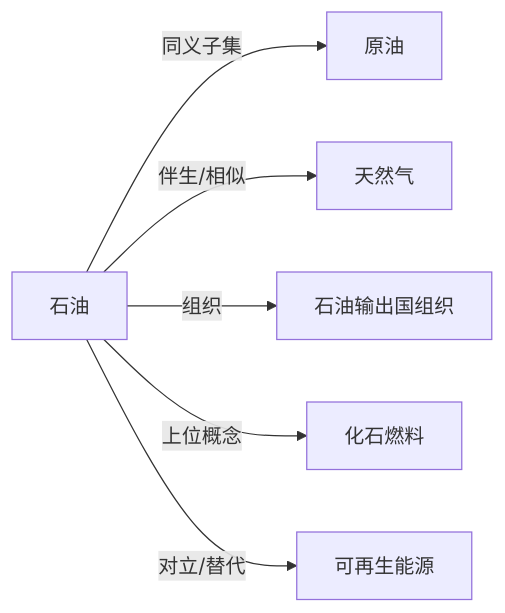
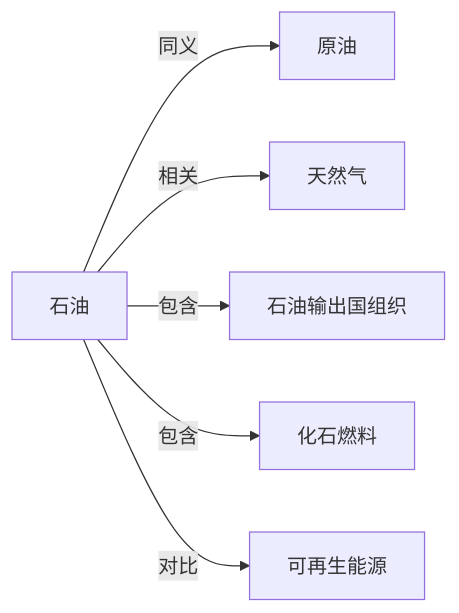
The diagram in Knowledge/Concepts/经济/石油.md (KIMMCHOW/MyKnowledge), drawn with Mermaid before and after one commit. The commit also changed 95 other files, not shown here.

Commit message:
reorganize: 统一关系图边标签为11类

````diff
--- a/Knowledge/Concepts/经济/石油.md
+++ b/Knowledge/Concepts/经济/石油.md
@@ -46,8 +46,8 @@
 ```mermaid
 graph LR
-石油 -->|同义子集| 原油
-石油 -->|伴生/相似| 天然气
-石油 -->|组织| 石油输出国组织
-石油 -->|上位概念| 化石燃料
-石油 -->|对立/替代| 可再生能源
+石油 -->|同义| 原油
+石油 -->|相关| 天然气
+石油 -->|包含| 石油输出国组织
+石油 -->|包含| 化石燃料
+石油 -->|对比| 可再生能源
 ```
````
